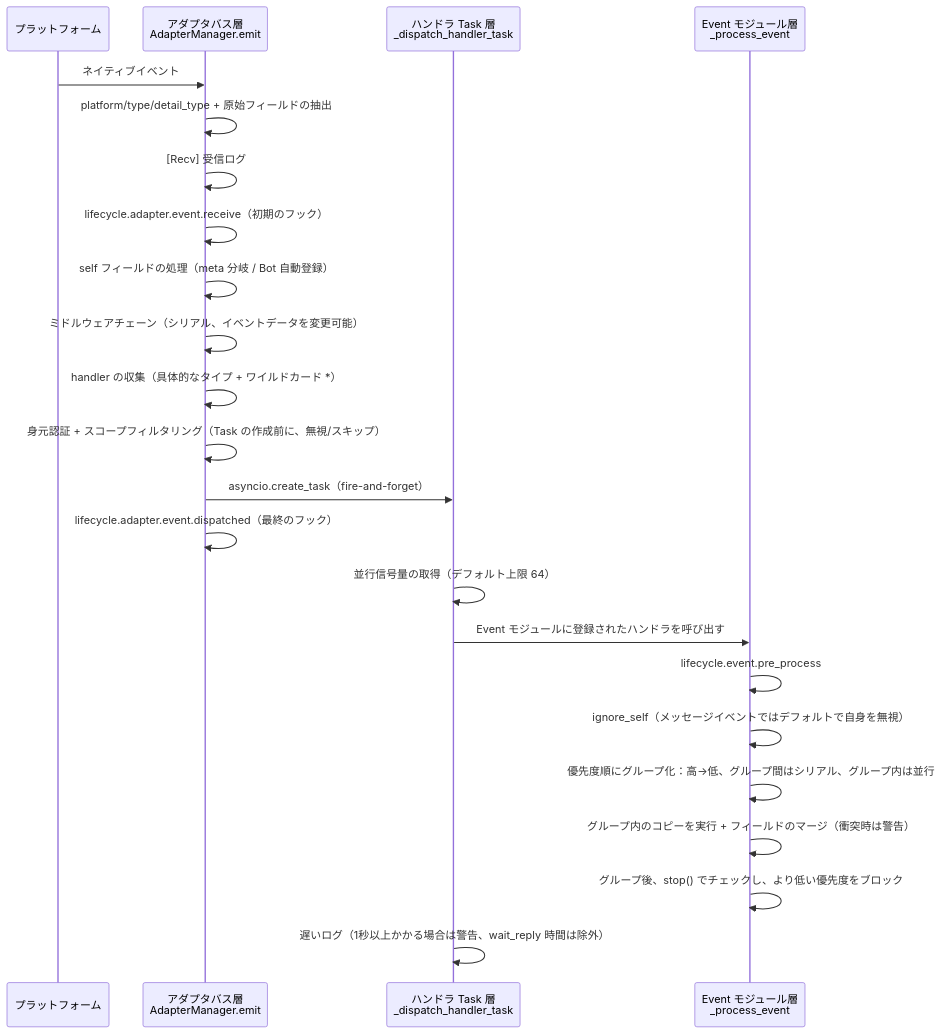
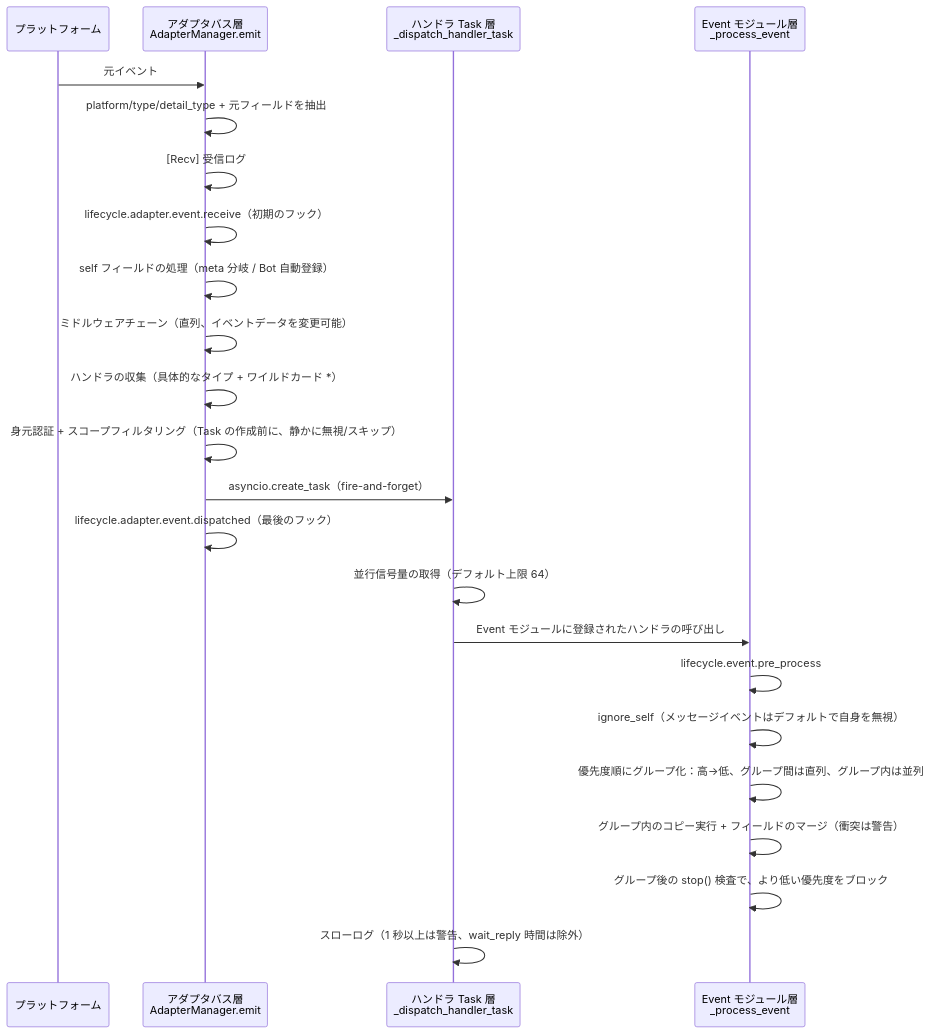
Before and after one commit to ErisPulse/ErisPulse: the fourth of 9 diagrams in docs/ja/architecture.md, drawn with Mermaid. The commit also changed other lines of this file and 622 other files, not shown here.

````diff
--- a/docs/ja/architecture.md
+++ b/docs/ja/architecture.md
@@ -111,26 +109,26 @@
 ```mermaid
 sequenceDiagram
     participant P as プラットフォーム
     participant A as アダプタバス層<br/>AdapterManager.emit
     participant T as ハンドラ Task 層<br/>_dispatch_handler_task
     participant E as Event モジュール層<br/>_process_event
 
-    P->>A: ネイティブイベント
-    A->>A: platform/type/detail_type + 原始フィールドの抽出
+    P->>A: 元イベント
+    A->>A: platform/type/detail_type + 元フィールドを抽出
     A->>A: [Recv] 受信ログ
     A->>A: lifecycle.adapter.event.receive（初期のフック）
     A->>A: self フィールドの処理（meta 分岐 / Bot 自動登録）
-    A->>A: ミドルウェアチェーン（シリアル、イベントデータを変更可能）
-    A->>A: handler の収集（具体的なタイプ + ワイルドカード *）
-    A->>A: 身元認証 + スコープフィルタリング（Task の作成前に、無視/スキップ）
+    A->>A: ミドルウェアチェーン（直列、イベントデータを変更可能）
+    A->>A: ハンドラの収集（具体的なタイプ + ワイルドカード *）
+    A->>A: 身元認証 + スコープフィルタリング（Task の作成前に、静かに無視/スキップ）
     A->>T: asyncio.create_task（fire-and-forget）
-    A->>A: lifecycle.adapter.event.dispatched（最終のフック）
+    A->>A: lifecycle.adapter.event.dispatched（最後のフック）
     T->>T: 並行信号量の取得（デフォルト上限 64）
-    T->>E: Event モジュールに登録されたハンドラを呼び出す
+    T->>E: Event モジュールに登録されたハンドラの呼び出し
     E->>E: lifecycle.event.pre_process
-    E->>E: ignore_self（メッセージイベントではデフォルトで自身を無視）
-    E->>E: 優先度順にグループ化：高→低、グループ間はシリアル、グループ内は並行
-    E->>E: グループ内のコピーを実行 + フィールドのマージ（衝突時は警告）
-    E->>E: グループ後、stop() でチェックし、より低い優先度をブロック
-    T->>T: 遅いログ（1秒以上かかる場合は警告、wait_reply 時間は除外）
+    E->>E: ignore_self（メッセージイベントはデフォルトで自身を無視）
+    E->>E: 優先度順にグループ化：高→低、グループ間は直列、グループ内は並列
+    E->>E: グループ内のコピー実行 + フィールドのマージ（衝突は警告）
+    E->>E: グループ後の stop() 検査で、より低い優先度をブロック
+    T->>T: スローログ（1 秒以上は警告、wait_reply 時間は除外）
 ```
````
